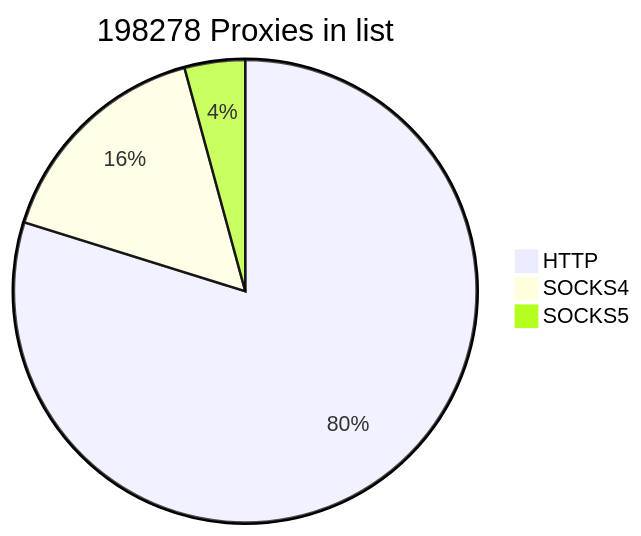
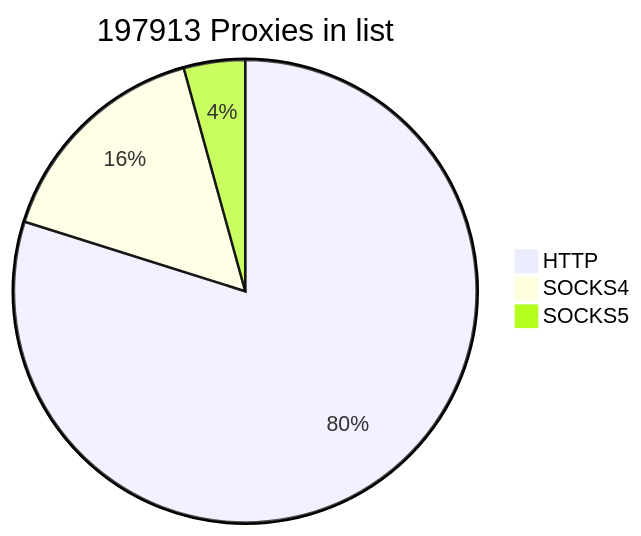
Before and after one commit to cutipu/proxylist: the first of 2 diagrams in README.md, drawn with Mermaid. The commit also changed other lines of this file, not shown here.

````diff
--- a/README.md
+++ b/README.md
@@ -2,7 +2,7 @@
 ```mermaid
-pie title 198278 Proxies in list
-    "HTTP" : 158245
-    "SOCKS4" : 31649
-    "SOCKS5" : 8384
+pie title 197913 Proxies in list
+    "HTTP" : 158059
+    "SOCKS4" : 31384
+    "SOCKS5" : 8470
             
 ```
````
